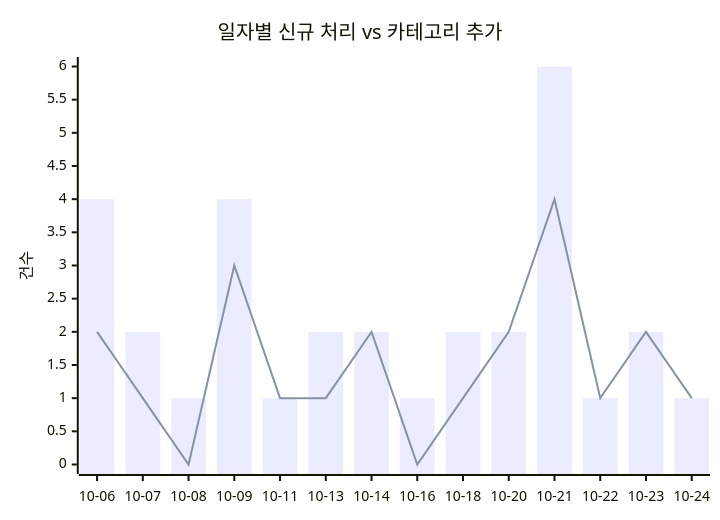
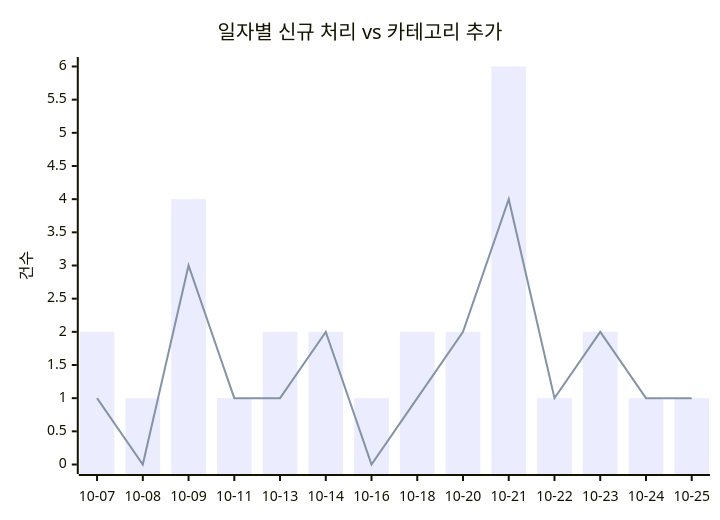
Before and after one commit to J-nowcow/awesome-korean-agent-skills: the first of 2 diagrams in docs/trends.md, drawn with Mermaid. The commit also changed other lines of this file and 4 other files, not shown here.

````diff
--- a/docs/trends.md
+++ b/docs/trends.md
@@ -32,8 +32,8 @@
 ```mermaid
 xychart-beta
     title "일자별 신규 처리 vs 카테고리 추가"
-    x-axis ["10-06","10-07","10-08","10-09","10-11","10-13","10-14","10-16","10-18","10-20","10-21","10-22","10-23","10-24"]
+    x-axis ["10-07","10-08","10-09","10-11","10-13","10-14","10-16","10-18","10-20","10-21","10-22","10-23","10-24","10-25"]
     y-axis "건수"
-    bar [4,2,1,4,1,2,2,1,2,2,6,1,2,1]
-    line [2,1,0,3,1,1,2,0,1,2,4,1,2,1]
+    bar [2,1,4,1,2,2,1,2,2,6,1,2,1,1]
+    line [1,0,3,1,1,2,0,1,2,4,1,2,1,1]
 ```
````
